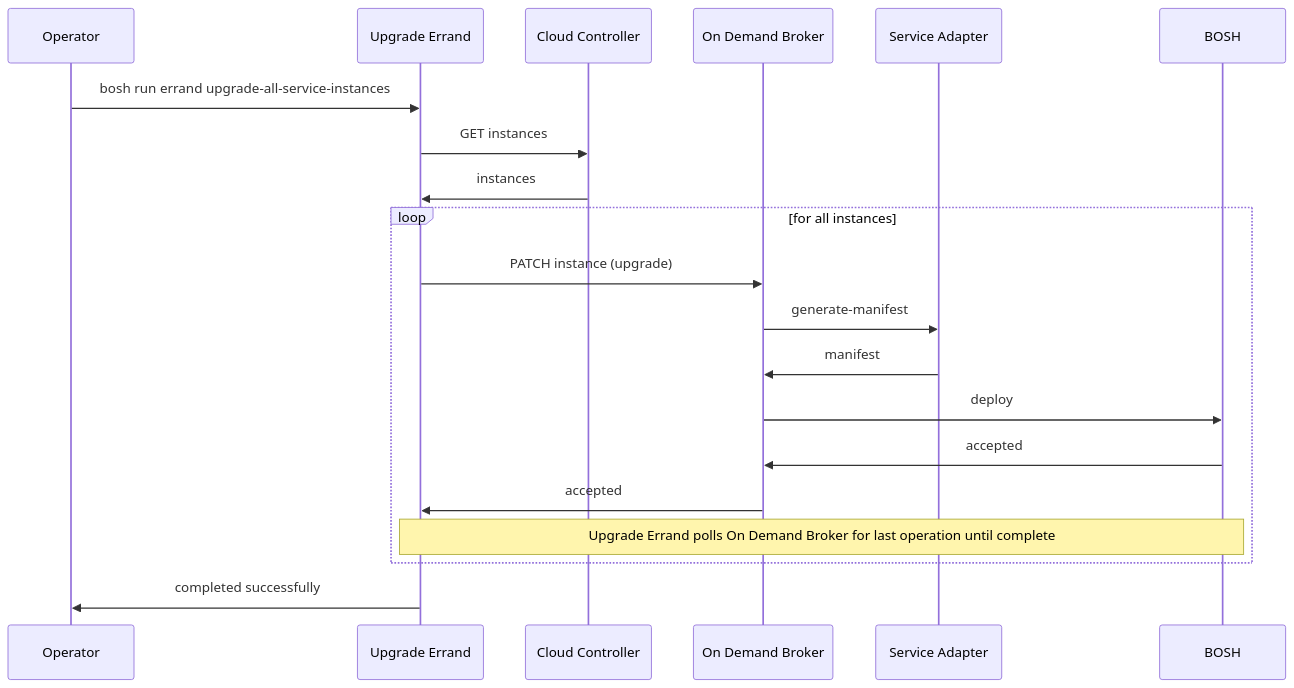
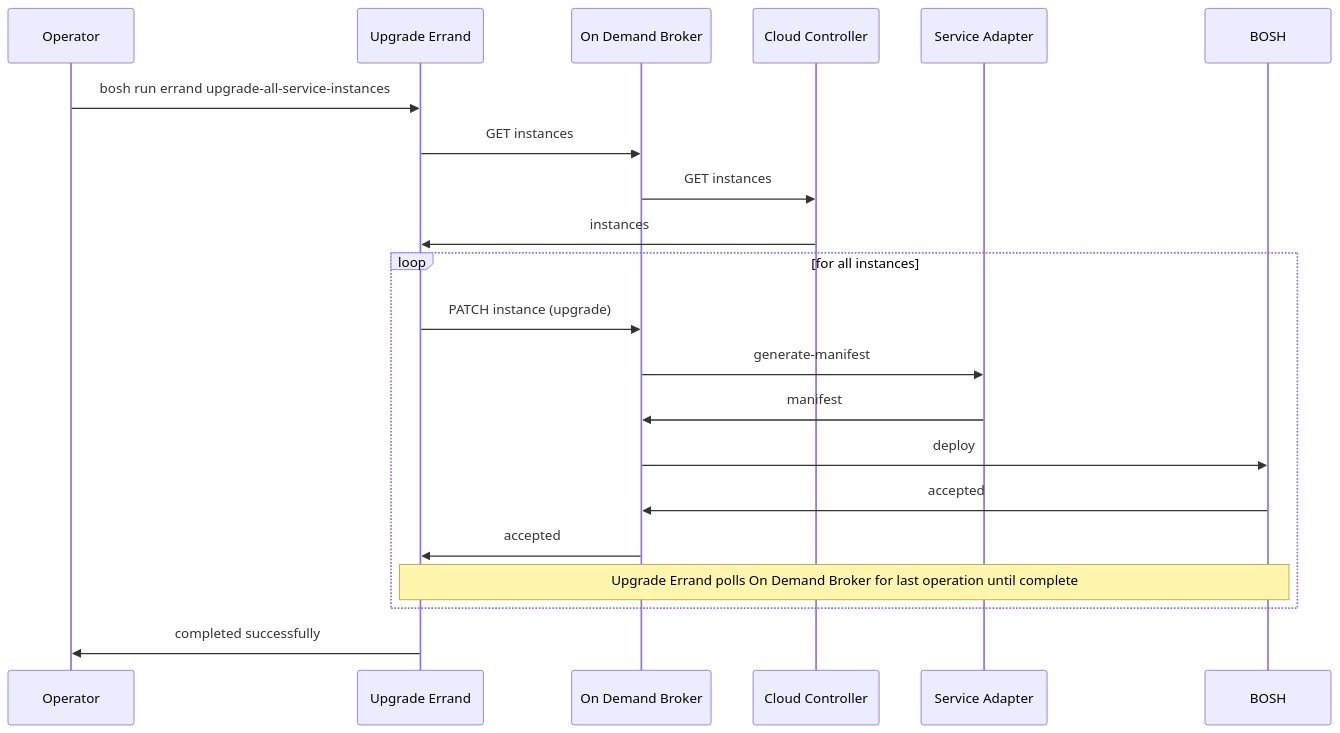
Before and after one commit to pivotal-cf/docs-on-demand-service-broker: the diagram in mmd/upgrade_all_instances_workflow.mmd, drawn with Mermaid. The commit also changed 3 other files, not shown here.

```diff
--- a/mmd/upgrade_all_instances_workflow.mmd
+++ b/mmd/upgrade_all_instances_workflow.mmd
@@ -1,16 +1,17 @@
 <div class="mermaid">
 sequenceDiagram
   Operator->>Upgrade Errand:bosh run errand upgrade-all-service-instances
-  Upgrade Errand->>Cloud Controller:GET instances
+  Upgrade Errand->>On Demand Broker:GET instances
+  On Demand Broker->>Cloud Controller:GET instances
   Cloud Controller->>Upgrade Errand:instances
   loop for all instances
     Upgrade Errand->>On Demand Broker: PATCH instance (upgrade)
     On Demand Broker->>Service Adapter: generate-manifest
     Service Adapter->>On Demand Broker: manifest
     On Demand Broker->>BOSH: deploy
     BOSH->>On Demand Broker: accepted
     On Demand Broker->>Upgrade Errand: accepted
     Note over Upgrade Errand,BOSH: Upgrade Errand polls On Demand Broker for last operation until complete
   end
   Upgrade Errand->>Operator:completed successfully
 </div>
```
